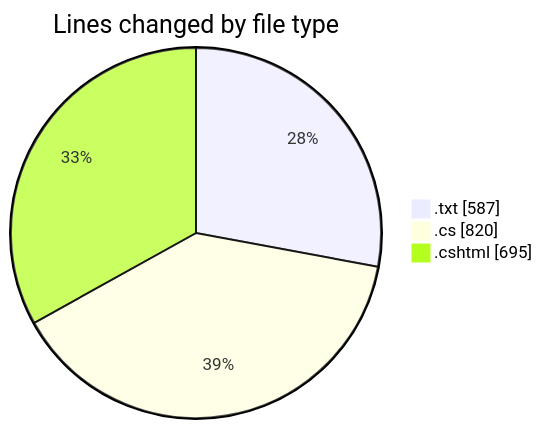
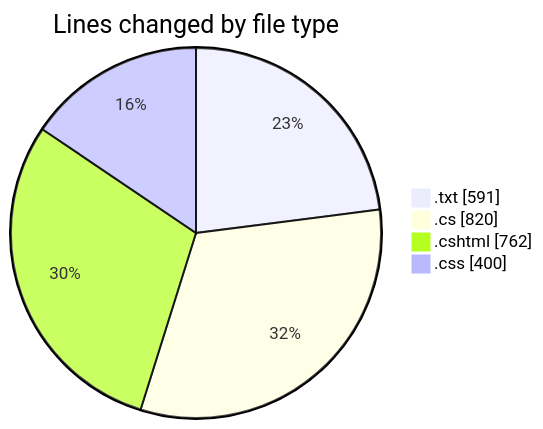
One commit to lephambinh05/code-tracking changed the first of 2 diagrams in 2025-07-26/quanlyrapchieuphim-1/README.md. Above: the diagram before and after it, drawn with Mermaid. The commit also changed other lines of this file and 1 other file, not shown here.

````diff
--- a/2025-07-26/quanlyrapchieuphim-1/README.md
+++ b/2025-07-26/quanlyrapchieuphim-1/README.md
@@ -26,7 +27,8 @@
 ```mermaid
 pie showData
 title Lines changed by file type
-".txt" : 587
+".txt" : 591
 ".cs" : 820
-".cshtml" : 695
+".cshtml" : 762
+".css" : 400
 ```
````
